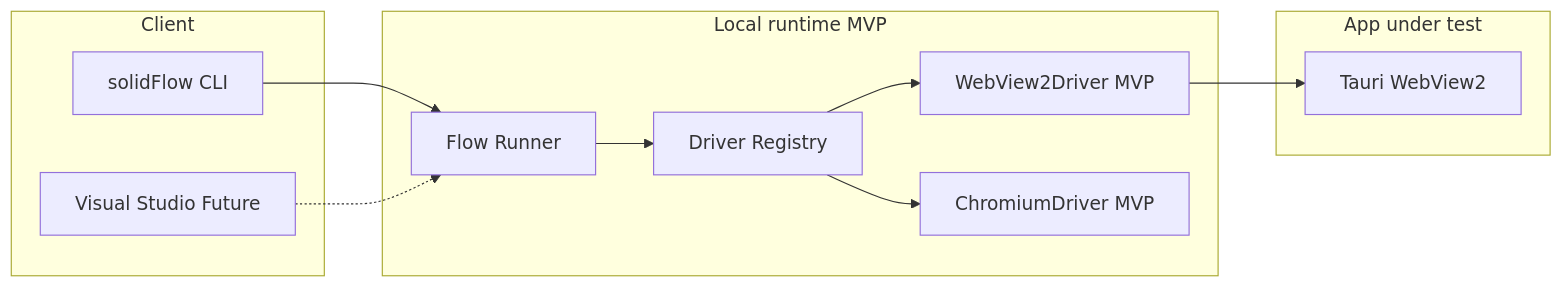
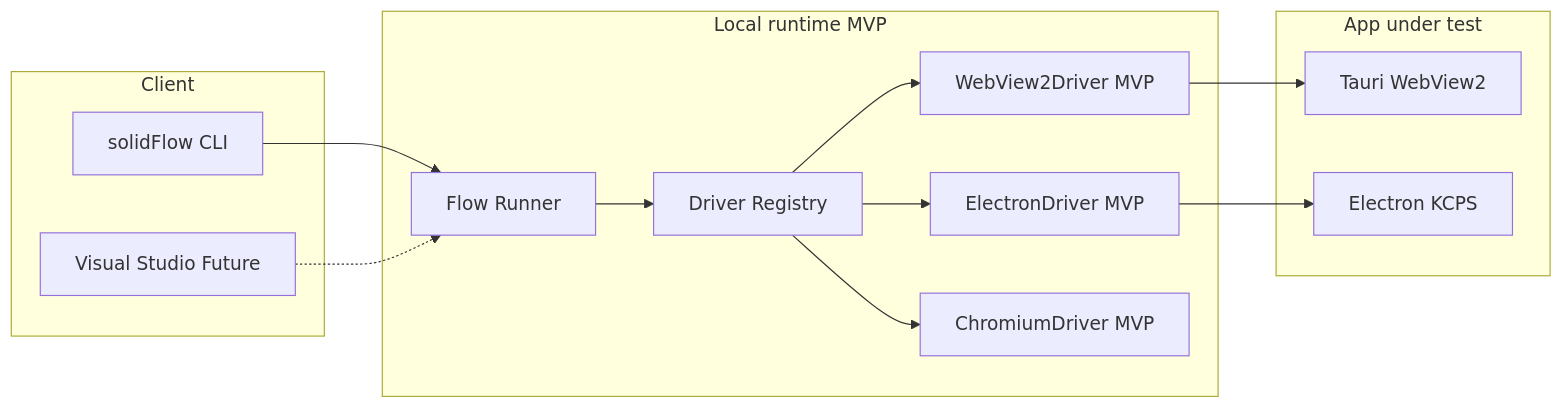
One commit to roblecg/SolidFlow changed the first of 2 diagrams in docs/architecture.md. Above: the diagram before and after it, drawn with Mermaid. The commit also changed other lines of this file and 16 other files, not shown here.

````diff
--- a/docs/architecture.md
+++ b/docs/architecture.md
@@ -7,22 +7,26 @@
 ```mermaid
 flowchart LR
   subgraph client [Client]
     CLI[solidFlow CLI]
     Studio[Visual Studio Future]
   end
   subgraph local [Local runtime MVP]
     Runner[Flow Runner]
     DriverReg[Driver Registry]
     W2[WebView2Driver MVP]
+    El[ElectronDriver MVP]
     Chr[ChromiumDriver MVP]
   end
   subgraph app [App under test]
     Tauri[Tauri WebView2]
+    Kcps[Electron KCPS]
   end
   CLI --> Runner
   Studio -.-> Runner
   Runner --> DriverReg
   DriverReg --> W2
+  DriverReg --> El
   DriverReg --> Chr
   W2 --> Tauri
+  El --> Kcps
 ```
````
